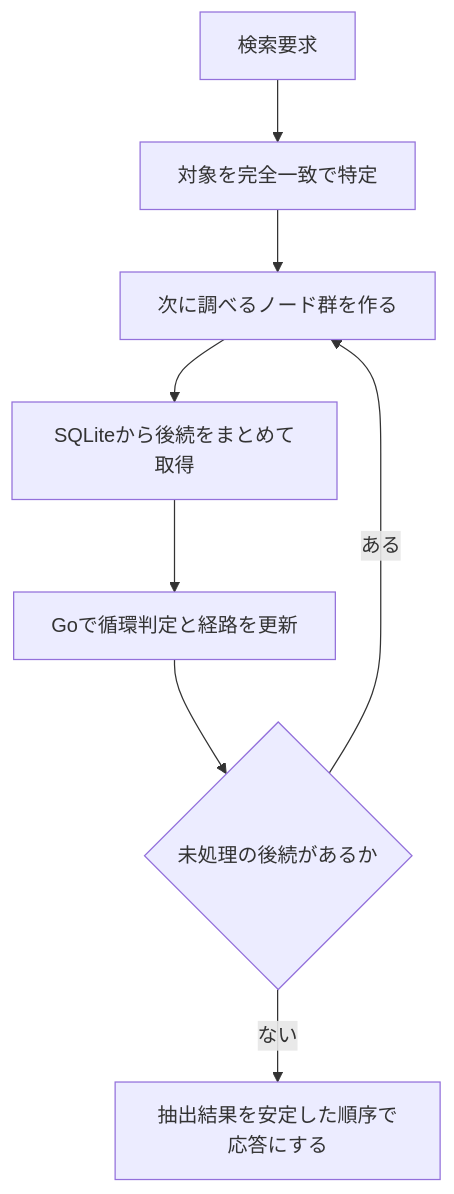
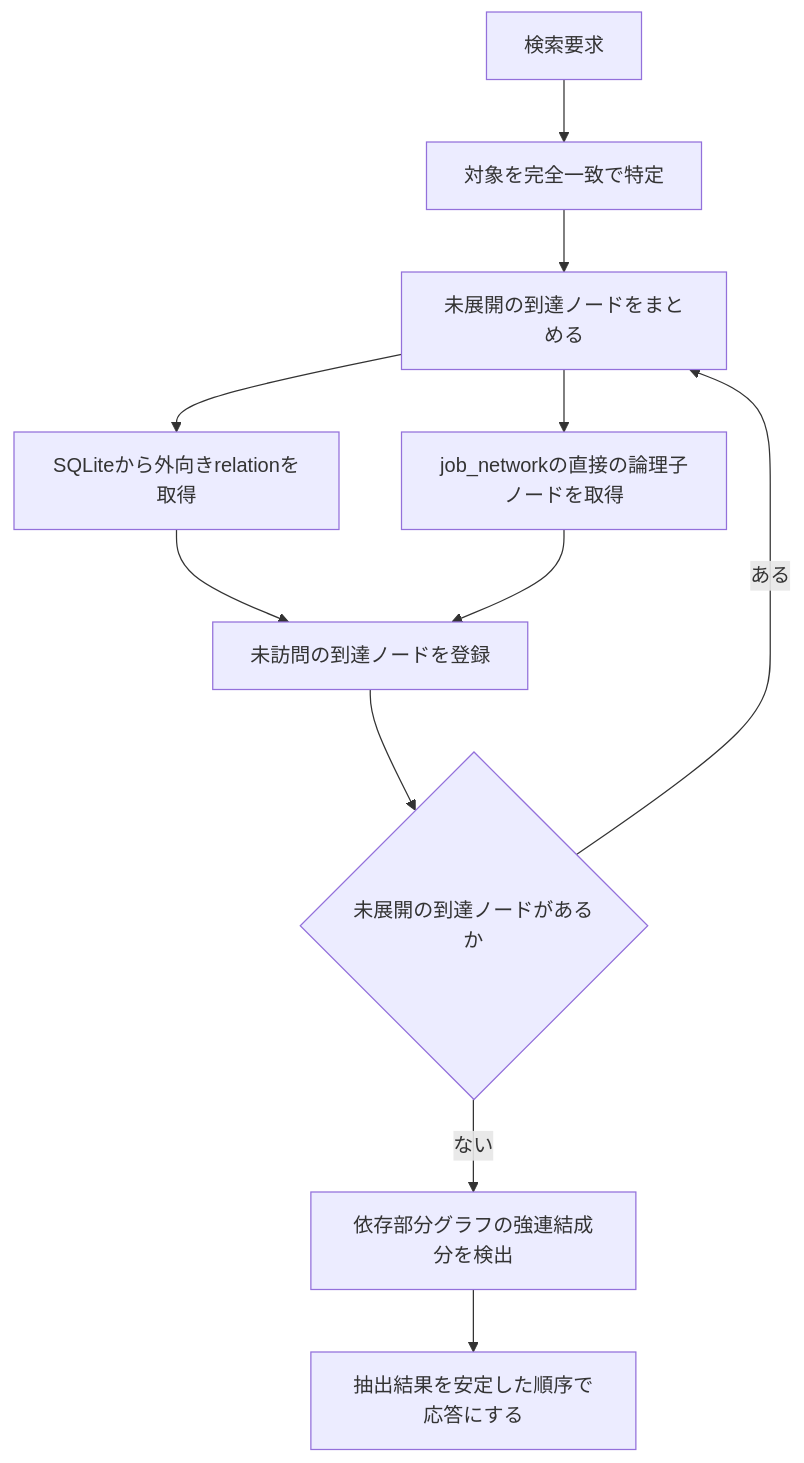
One commit to vnzzzz/batch-scope changed the third of 3 diagrams in docs/design/architecture.md. Above: the diagram before and after it, drawn with Mermaid. The commit also changed other lines of this file and 7 other files, not shown here.

````diff
--- a/docs/design/architecture.md
+++ b/docs/design/architecture.md
@@ -99,10 +99,13 @@
 ```mermaid
 flowchart TD
     Q[検索要求] --> I[対象を完全一致で特定]
-    I --> F[次に調べるノード群を作る]
-    F --> S[SQLiteから後続をまとめて取得]
-    S --> G[Goで循環判定と経路を更新]
-    G --> D{未処理の後続があるか}
+    I --> F[未展開の到達ノードをまとめる]
+    F --> R[SQLiteから外向きrelationを取得]
+    F --> S[job_networkの直接の論理子ノードを取得]
+    R --> N[未訪問の到達ノードを登録]
+    S --> N
+    N --> D{未展開の到達ノードがあるか}
     D -->|ある| F
-    D -->|ない| O[抽出結果を安定した順序で応答にする]
+    D -->|ない| C[依存部分グラフの強連結成分を検出]
+    C --> O[抽出結果を安定した順序で応答にする]
 ```
````
